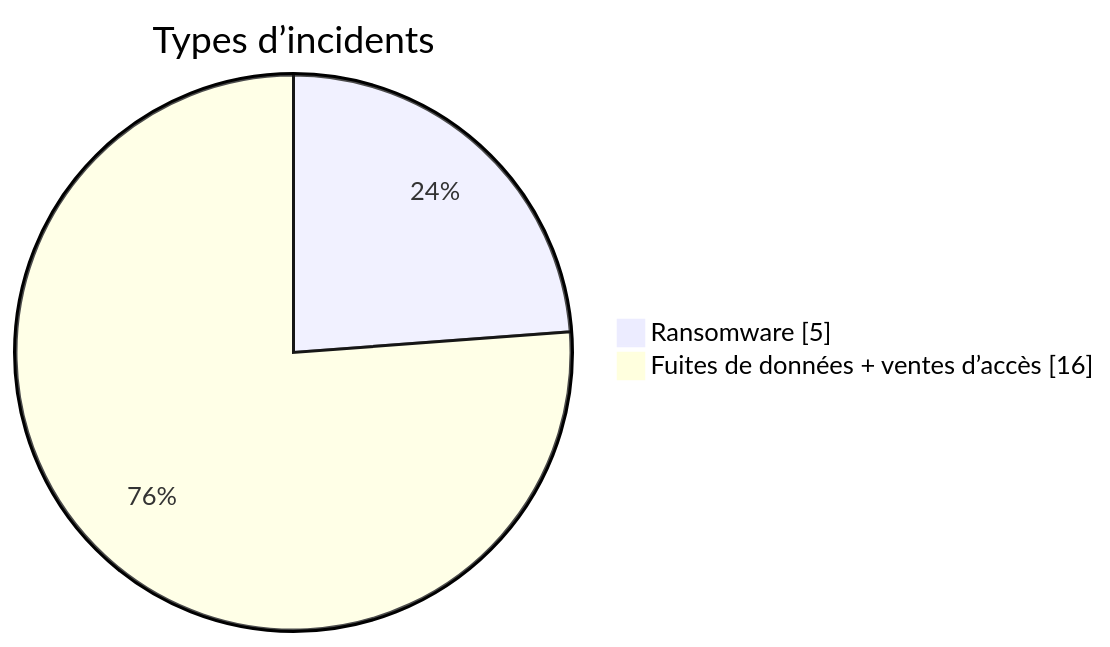
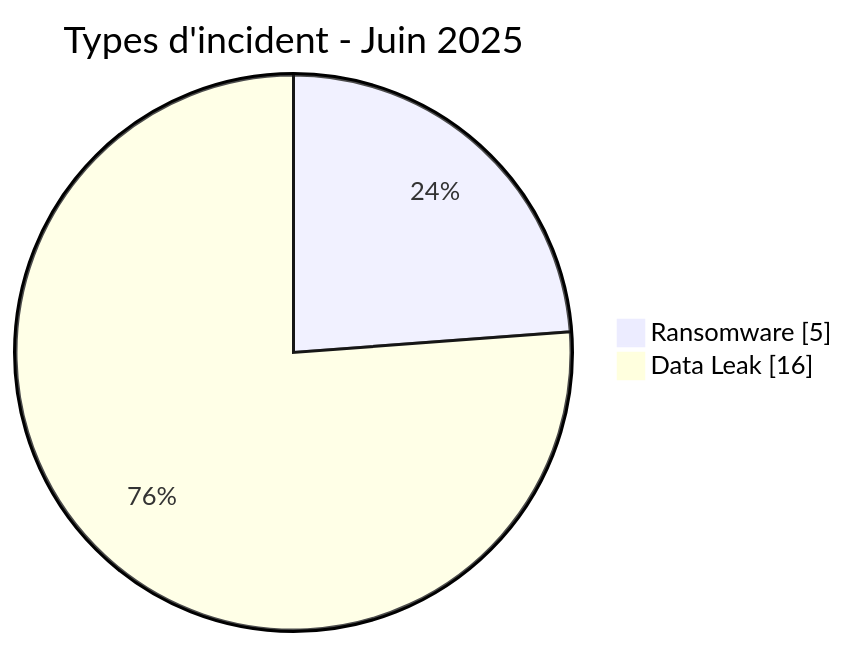
Before and after one commit to Hatchepsoute/AFRINTEL: the first of 3 diagrams in CyberAttackAfrica/2025/06-june/README_FR.md, drawn with Mermaid. The commit also changed other lines of this file and 35 other files, not shown here.

````diff
--- a/CyberAttackAfrica/2025/06-june/README_FR.md
+++ b/CyberAttackAfrica/2025/06-june/README_FR.md
@@ -125,6 +67,6 @@
 ```mermaid
 pie showData
-    title Types d’incidents
+    title Types d'incident - Juin 2025
     "Ransomware" : 5
-    "Fuites de données + ventes d’accès" : 16
+    "Data Leak" : 16
 ```
````
